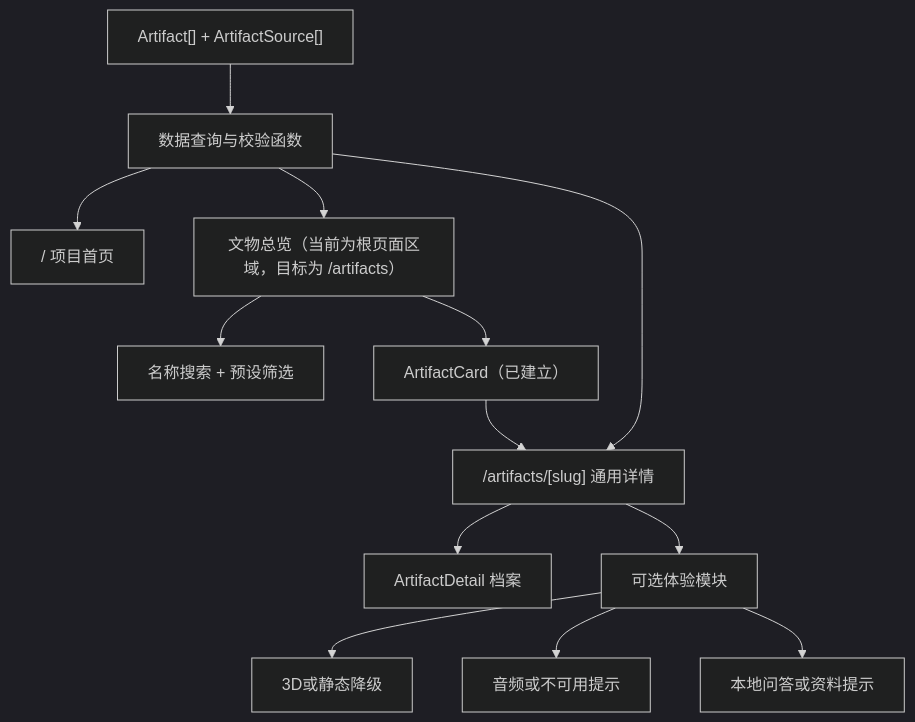
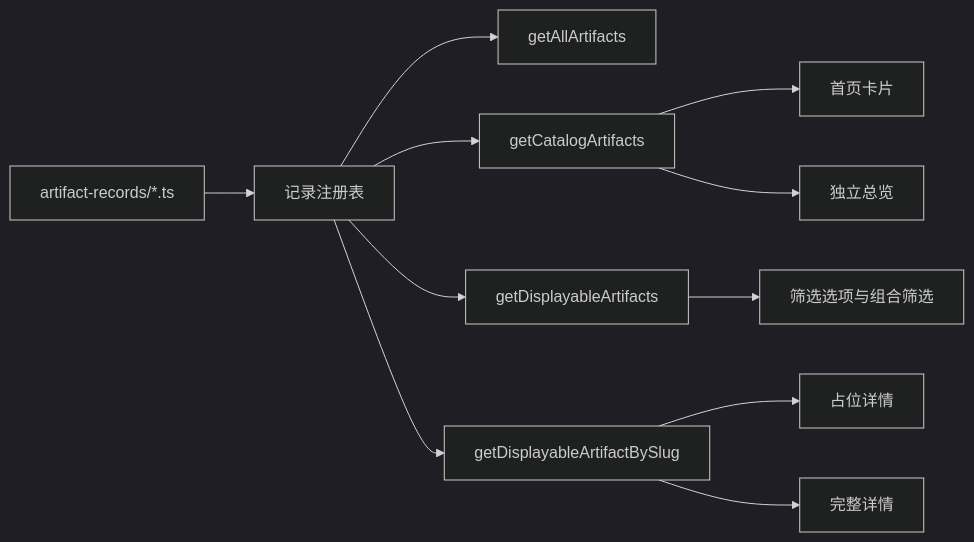
One commit to rylynn1351/henan-music-archaeology changed the second of 2 diagrams in ARCHITECTURE.md. Above: the diagram before and after it, drawn with Mermaid (dark theme). The commit also changed other lines of this file and 21 other files, not shown here.

Commit message:
feat: finalize multi-artifact experience

````diff
--- a/ARCHITECTURE.md
+++ b/ARCHITECTURE.md
@@ -292,15 +112,13 @@
 ```mermaid
-flowchart TD
-    DATA["Artifact[] + ArtifactSource[]"] --> SELECT["数据查询与校验函数"]
-    SELECT --> HOME["/ 项目首页"]
-    SELECT --> CATALOG["文物总览（当前为根页面区域，目标为 /artifacts）"]
-    SELECT --> DETAIL["/artifacts/[slug] 通用详情"]
-    CATALOG --> FILTER["名称搜索 + 预设筛选"]
-    CATALOG --> CARD["ArtifactCard（已建立）"]
-    CARD --> DETAIL
-    DETAIL --> DOSSIER["ArtifactDetail 档案"]
-    DETAIL --> EXPERIENCE["可选体验模块"]
-    EXPERIENCE --> V3D["3D或静态降级"]
-    EXPERIENCE --> AUDIO["音频或不可用提示"]
-    EXPERIENCE --> QA["本地问答或资料提示"]
+flowchart LR
+    RECORDS["artifact-records/*.ts"] --> REGISTRY["记录注册表"]
+    REGISTRY --> ALL["getAllArtifacts"]
+    REGISTRY --> CATALOG["getCatalogArtifacts"]
+    REGISTRY --> DISPLAY["getDisplayableArtifacts"]
+    REGISTRY --> SLUG["getDisplayableArtifactBySlug"]
+    CATALOG --> HOME["首页卡片"]
+    CATALOG --> OVERVIEW["独立总览"]
+    DISPLAY --> FILTER["筛选选项与组合筛选"]
+    SLUG --> PLACEHOLDER["占位详情"]
+    SLUG --> DETAIL["完整详情"]
 ```
````
